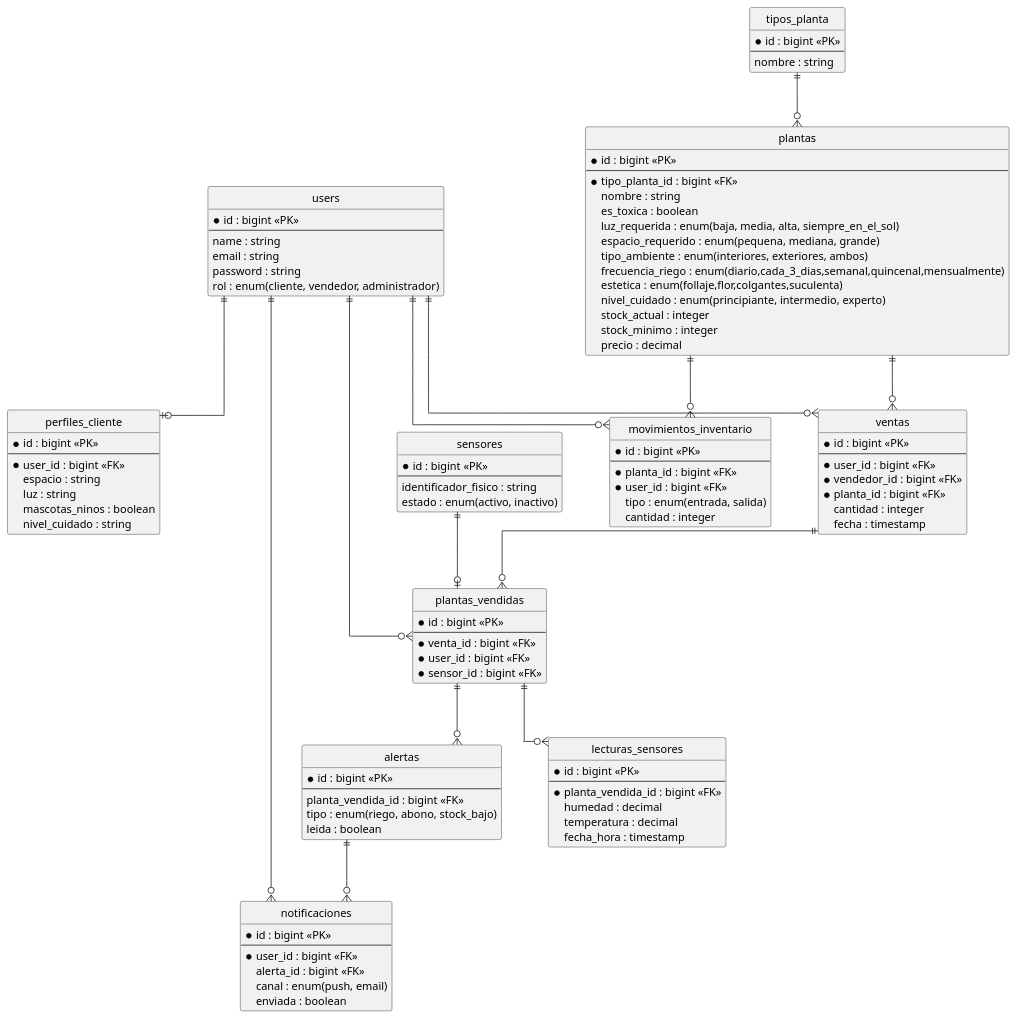
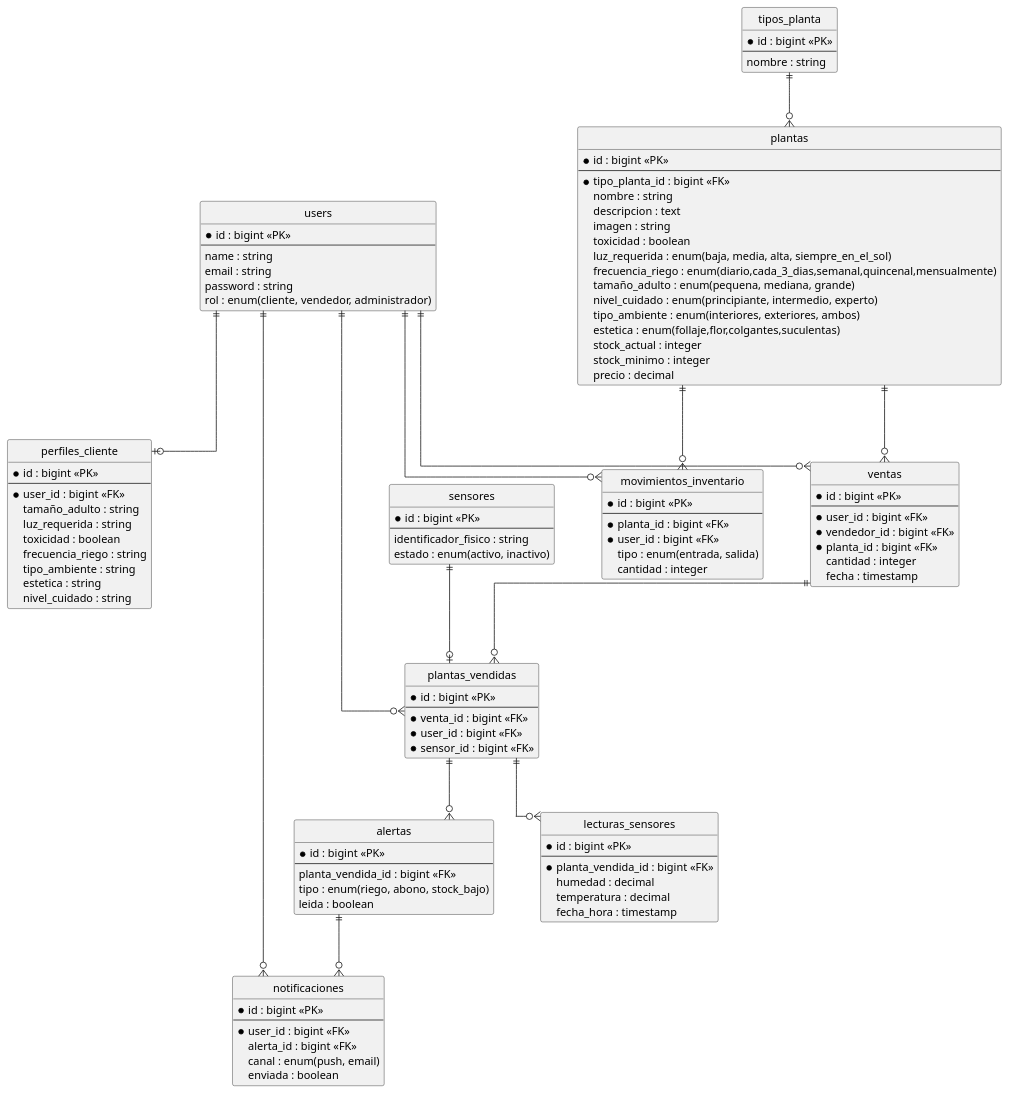
One commit to Jose-76825708/Adaptia changed the diagram in docs/modelo-bd.md. Above: the diagram before and after it, drawn with PlantUML. The commit also changed 7 other files, not shown here.

```diff
--- a/docs/modelo-bd.md
+++ b/docs/modelo-bd.md
@@ -19,9 +19,12 @@
   * id : bigint <<PK>>
   --
   * user_id : bigint <<FK>>
-  espacio : string
-  luz : string
-  mascotas_ninos : boolean
+  tamaño_adulto : string
+  luz_requerida : string
+  toxicidad : boolean
+  frecuencia_riego : string
+  tipo_ambiente : string
+  estetica : string
   nivel_cuidado : string
 }
 
@@ -37,13 +40,15 @@
   --
   * tipo_planta_id : bigint <<FK>>
   nombre : string
-  es_toxica : boolean
+  descripcion : text
+  imagen : string
+  toxicidad : boolean
   luz_requerida : enum(baja, media, alta, siempre_en_el_sol)
-  espacio_requerido : enum(pequena, mediana, grande)
+  frecuencia_riego : enum(diario,cada_3_dias,semanal,quincenal,mensualmente)
+  tamaño_adulto : enum(pequena, mediana, grande)
+  nivel_cuidado : enum(principiante, intermedio, experto)
   tipo_ambiente : enum(interiores, exteriores, ambos)
-  frecuencia_riego : enum(diario,cada_3_dias,semanal,quincenal,mensualmente)
-  estetica : enum(follaje,flor,colgantes,suculenta)
-  nivel_cuidado : enum(principiante, intermedio, experto)
+  estetica : enum(follaje,flor,colgantes,suculentas)
   stock_actual : integer
   stock_minimo : integer
   precio : decimal
```
